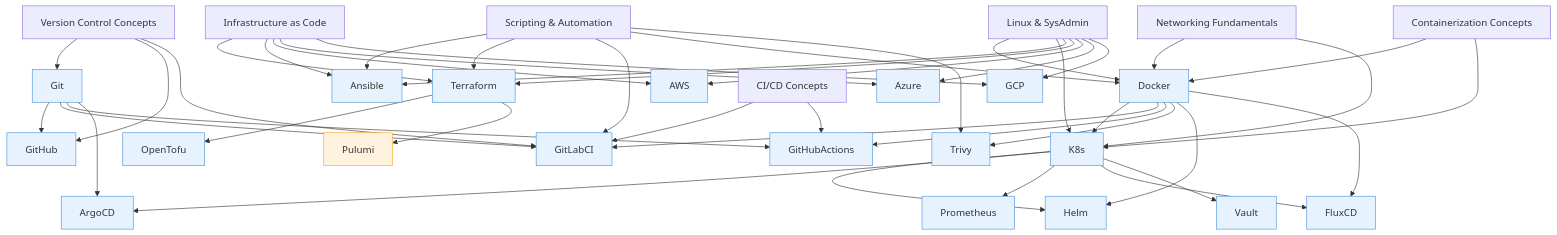
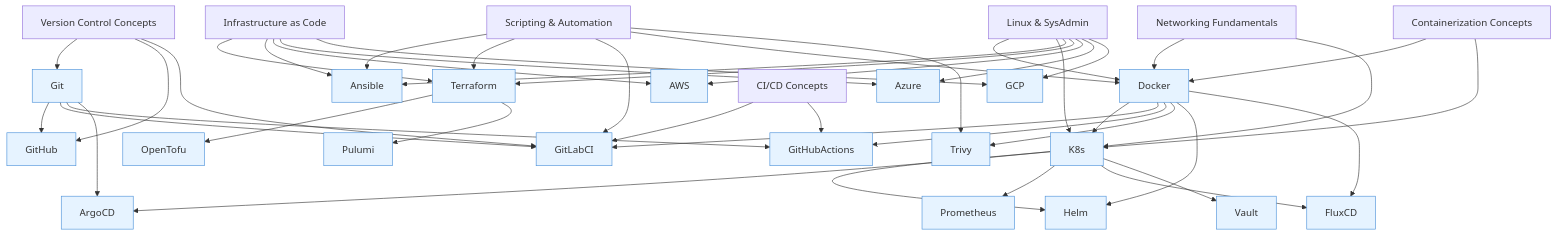
Before and after one commit to snehitha3907/DevOps-Kit: the diagram in 00_index/learning-path.md, drawn with Mermaid. The commit also changed other lines of this file and 4 other files, not shown here.

````diff
--- a/00_index/learning-path.md
+++ b/00_index/learning-path.md
@@ -97,62 +97,61 @@
 ```mermaid
 graph TD
     VC[Version Control Concepts] --> Git
     VC --> GitHub
     VC --> GitLabCI
 
     Linux[Linux & SysAdmin] --> Docker
     Linux --> K8s
     Linux --> Ansible
     Linux --> Terraform
     Linux --> AWS
     Linux --> Azure
     Linux --> GCP
 
     Scripting[Scripting & Automation] --> Ansible
     Scripting --> Terraform
     Scripting --> GitLabCI
     Scripting --> Docker
     Scripting --> Trivy
 
     Network[Networking Fundamentals] --> Docker
     Network --> K8s
 
     CI[CI/CD Concepts] --> GitLabCI
     CI --> GitHubActions
 
     Container[Containerization Concepts] --> Docker
     Container --> K8s
 
     IaC[Infrastructure as Code] --> Terraform
     IaC --> Ansible
     IaC --> AWS
     IaC --> Azure
     IaC --> GCP
 
     Git --> GitHub
     Git --> GitLabCI
     Git --> GitHubActions
     Git --> ArgoCD
 
     Docker --> K8s
     Docker --> GitLabCI
     Docker --> GitHubActions
     Docker --> Trivy
     Docker --> Helm
     Docker --> FluxCD
 
     K8s --> Helm
     K8s --> ArgoCD
     K8s --> Prometheus
     K8s --> FluxCD
     K8s --> Vault
 
     Terraform --> OpenTofu
     Terraform --> Pulumi
 
 classDef hasContent fill:#e6f3ff,stroke:#4a90d9
     classDef noContent fill:#fff3e0,stroke:#f5a623
 
-    class Git,GitHub,Docker,K8s,Ansible,Terraform,GitLabCI,GitHubActions,Trivy,AWS,Azure,GCP,OpenTofu,Helm,ArgoCD,Prometheus,FluxCD,Vault hasContent
-    class Pulumi noContent
+    class Git,GitHub,Docker,K8s,Ansible,Terraform,GitLabCI,GitHubActions,Trivy,AWS,Azure,GCP,OpenTofu,Helm,ArgoCD,Prometheus,FluxCD,Vault,Pulumi hasContent
 ```
````
